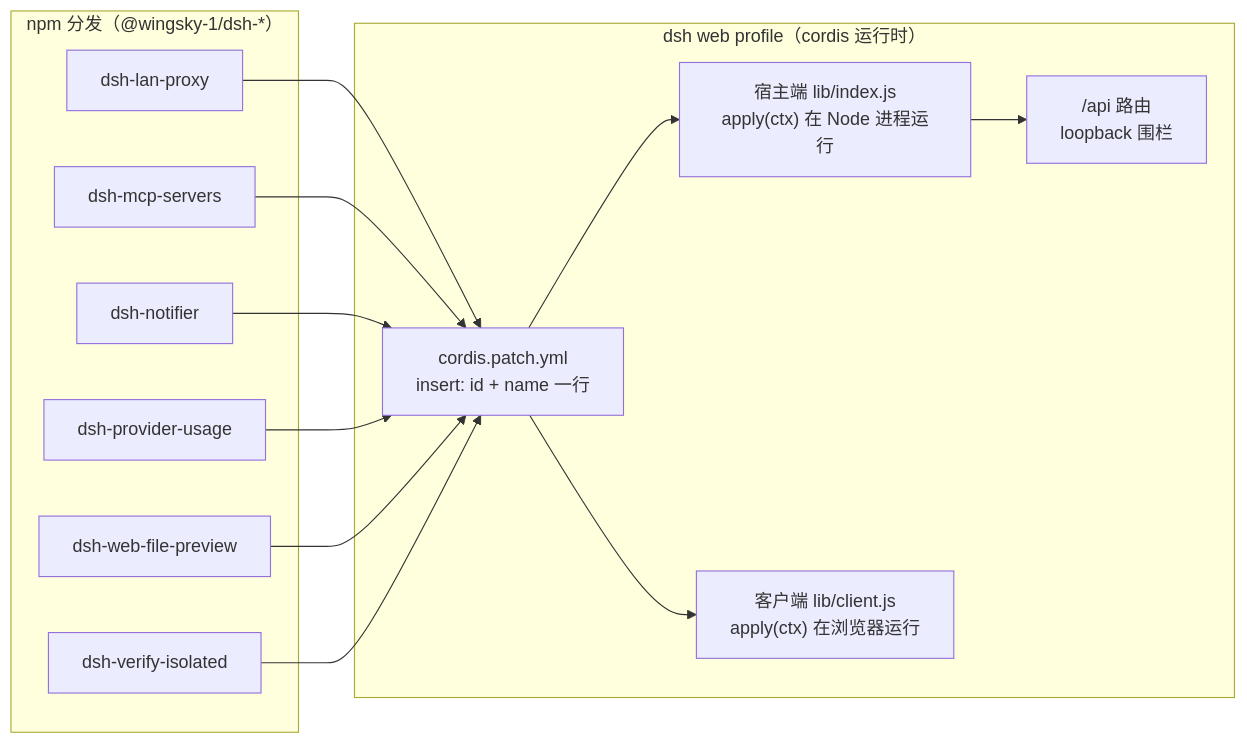
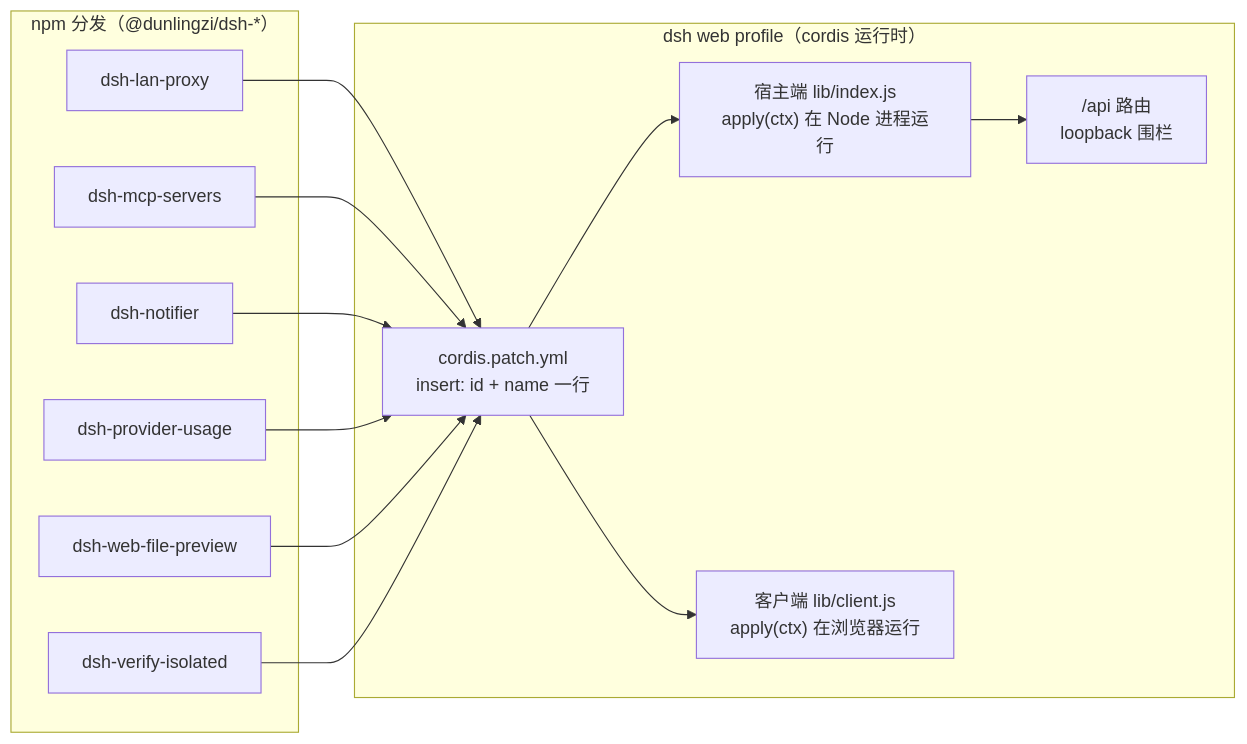
One commit to dunlingzi/dsh-mcp-servers changed the diagram in docs/architecture/README.md. Above: the diagram before and after it, drawn with Mermaid. The commit also changed other lines of this file and 32 other files, not shown here.

First line of the commit message:
refactor: npm scope 迁移 @wingsky-1 → @dunlingzi

````diff
--- a/docs/architecture/README.md
+++ b/docs/architecture/README.md
@@ -32,28 +32,28 @@
 ```mermaid
 flowchart LR
-    subgraph npm["npm 分发（@wingsky-1/dsh-*）"]
+    subgraph npm["npm 分发（@dunlingzi/dsh-*）"]
         P1["dsh-lan-proxy"]
         P2["dsh-mcp-servers"]
         P3["dsh-notifier"]
         P4["dsh-provider-usage"]
         P5["dsh-web-file-preview"]
         P6["dsh-verify-isolated"]
     end
 
     subgraph profile["dsh web profile（cordis 运行时）"]
         CORDIS["cordis.patch.yml<br/>insert: id + name 一行"]
         HOST["宿主端 lib/index.js<br/>apply(ctx) 在 Node 进程运行"]
         CLIENT["客户端 lib/client.js<br/>apply(ctx) 在浏览器运行"]
         ROUTES["/api 路由<br/>loopback 围栏"]
         CORDIS --> HOST
         CORDIS --> CLIENT
         HOST --> ROUTES
     end
 
     P1 --> CORDIS
     P2 --> CORDIS
     P3 --> CORDIS
     P4 --> CORDIS
     P5 --> CORDIS
     P6 --> CORDIS
 ```
````
